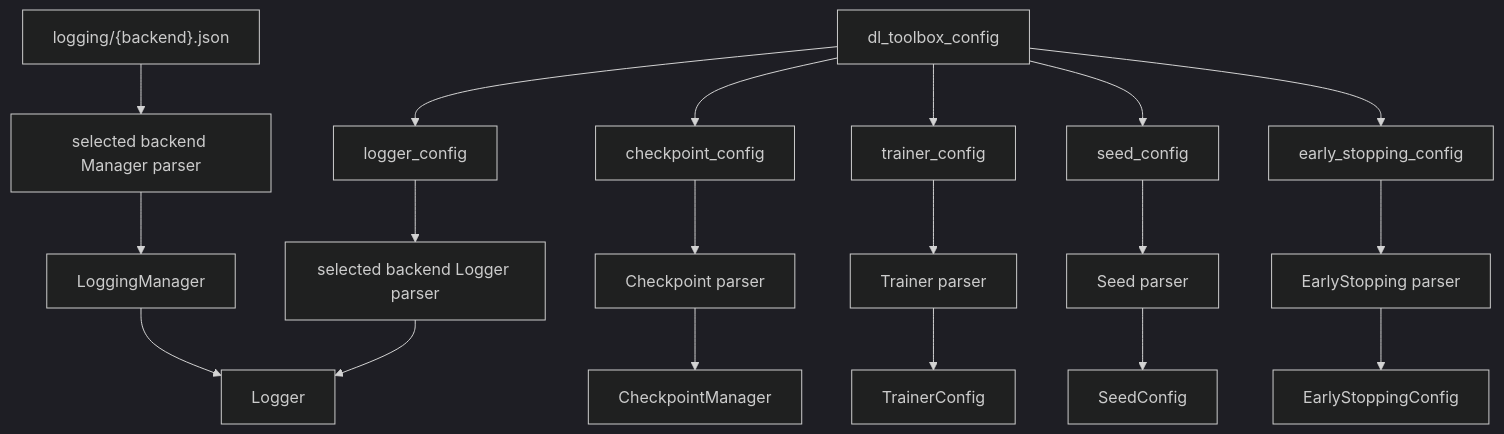
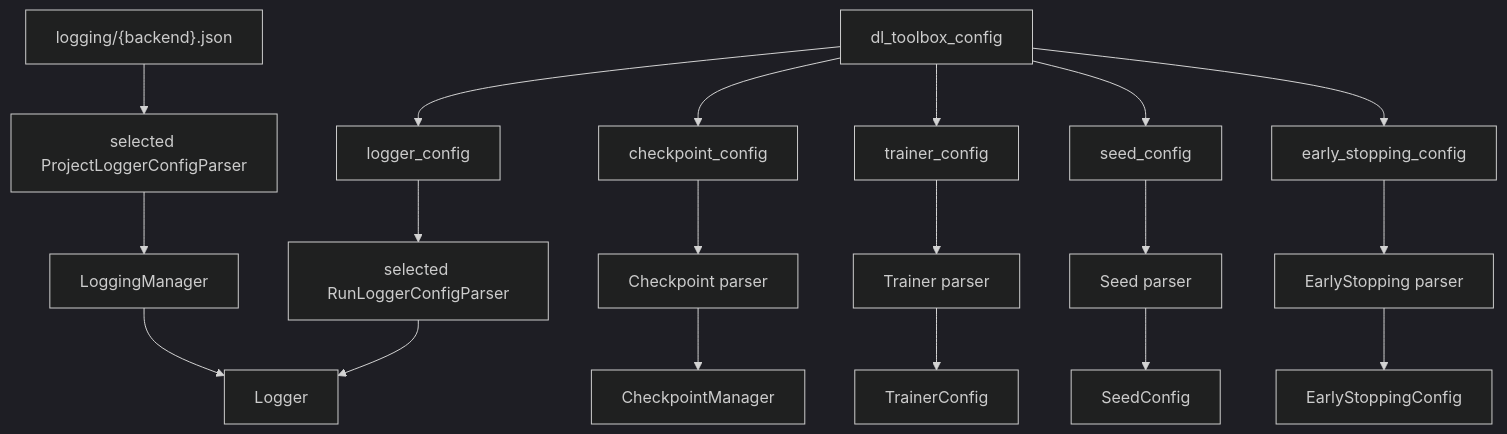
One commit to ayhem18/dl_toolbox changed the diagram in standards/experiment_management/recipe/dl_toolbox_config.md. Above: the diagram before and after it, drawn with Mermaid (dark theme). The commit also changed other lines of this file and 146 other files, not shown here.

````diff
--- a/standards/experiment_management/recipe/dl_toolbox_config.md
+++ b/standards/experiment_management/recipe/dl_toolbox_config.md
@@ -48,22 +48,22 @@
 ```mermaid
 flowchart TB
   toolbox["dl_toolbox_config"]
   toolbox --> logger_cfg["logger_config"]
   toolbox --> ckpt_cfg["checkpoint_config"]
   toolbox --> trainer_cfg["trainer_config"]
   toolbox --> seed_cfg["seed_config"]
   toolbox --> es_cfg["early_stopping_config"]
-  logger_cfg --> lp["selected backend Logger parser"]
+  logger_cfg --> lp["selected RunLoggerConfigParser"]
   ckpt_cfg --> cp["Checkpoint parser"]
   trainer_cfg --> tp["Trainer parser"]
   seed_cfg --> sp["Seed parser"]
   es_cfg --> ep["EarlyStopping parser"]
   lp --> logger["Logger"]
   cp --> ckpt["CheckpointManager"]
   tp --> trainer["TrainerConfig"]
   sp --> seed["SeedConfig"]
   ep --> es["EarlyStoppingConfig"]
-  project["logging/{backend}.json"] --> mp["selected backend Manager parser"]
+  project["logging/{backend}.json"] --> mp["selected ProjectLoggerConfigParser"]
   mp --> lman["LoggingManager"]
   lman --> logger
 ```
````
